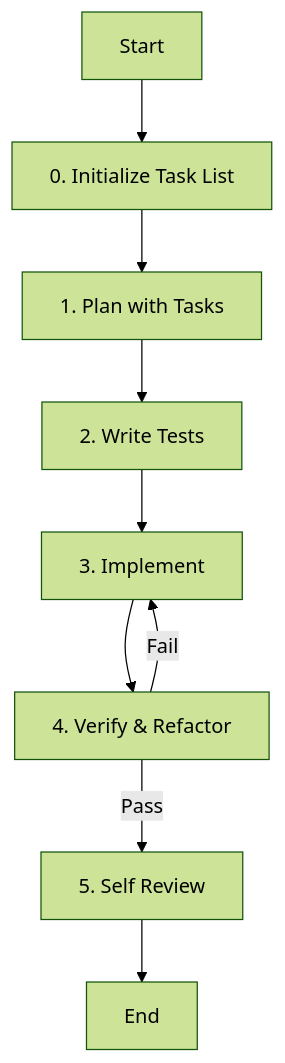
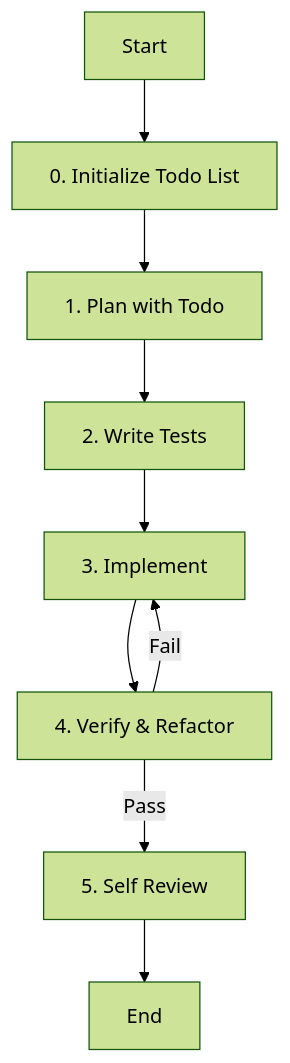
The diagram in opencode/config/agent/senior-sw-engineer.md (ksm0709/dotfiles), drawn with Mermaid (forest theme) before and after one commit. The commit also changed other lines of this file and 97 other files, not shown here.

````diff
--- a/opencode/config/agent/senior-sw-engineer.md
+++ b/opencode/config/agent/senior-sw-engineer.md
@@ -31,11 +30,11 @@
 ```mermaid
 graph TD
-    Start[Start] --> Init[0. Initialize Task List]
-    Init --> Plan[1. Plan with Tasks]
+    Start[Start] --> Init[0. Initialize Todo List]
+    Init --> Plan[1. Plan with Todo]
     Plan --> Test[2. Write Tests]
     Test --> Implement[3. Implement]
     Implement --> Verify[4. Verify & Refactor]
     Verify -- Fail --> Implement
     Verify -- Pass --> Review[5. Self Review]
     Review --> End[End]
 ```
````
